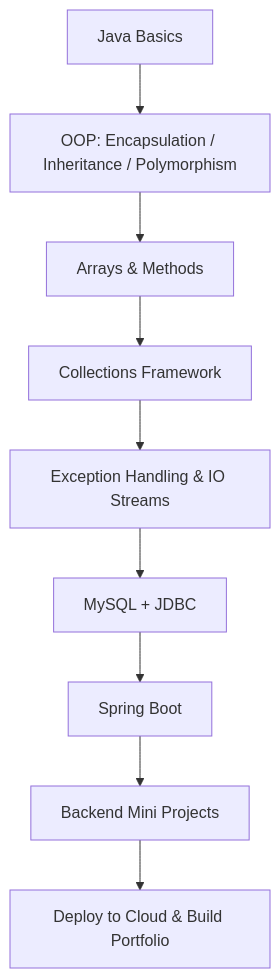
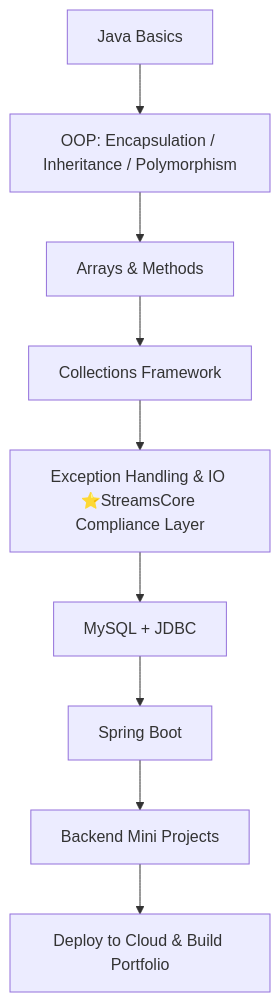
Before and after one commit to Wenjian-Liu/Compliance-Tech-Logic: the diagram in README.md, drawn with Mermaid. The commit also changed other lines of this file, not shown here.

````diff
--- a/README.md
+++ b/README.md
@@ -196,11 +196,11 @@
 ```mermaid
 graph TD;
 A[Java Basics] --> B[OOP: Encapsulation / Inheritance / Polymorphism]
 B --> C[Arrays & Methods]
 C --> D[Collections Framework]
-D --> E[Exception Handling & IO Streams]
+D --> E[Exception Handling & IO ⭐StreamsCore Compliance Layer]
 E --> F[MySQL + JDBC]
 F --> G[Spring Boot]
 G --> H[Backend Mini Projects]
 H --> I[Deploy to Cloud & Build Portfolio]
 ```
````
